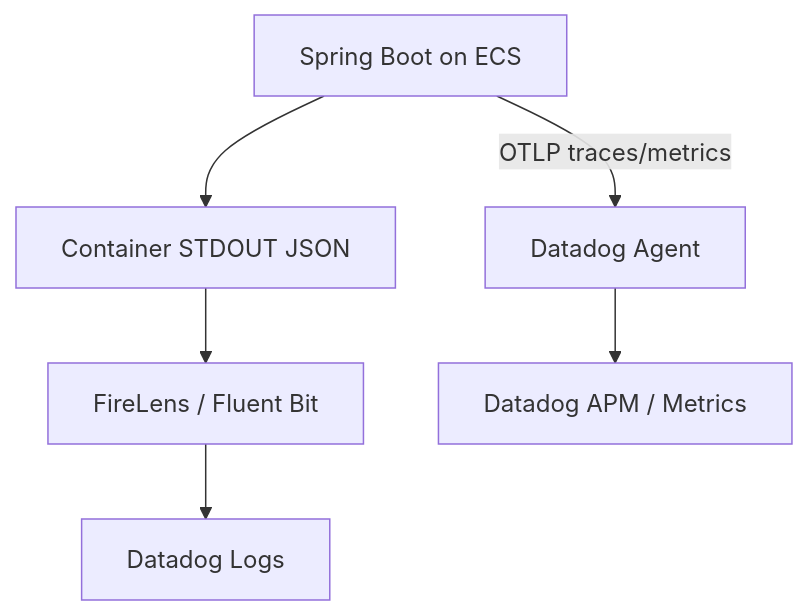
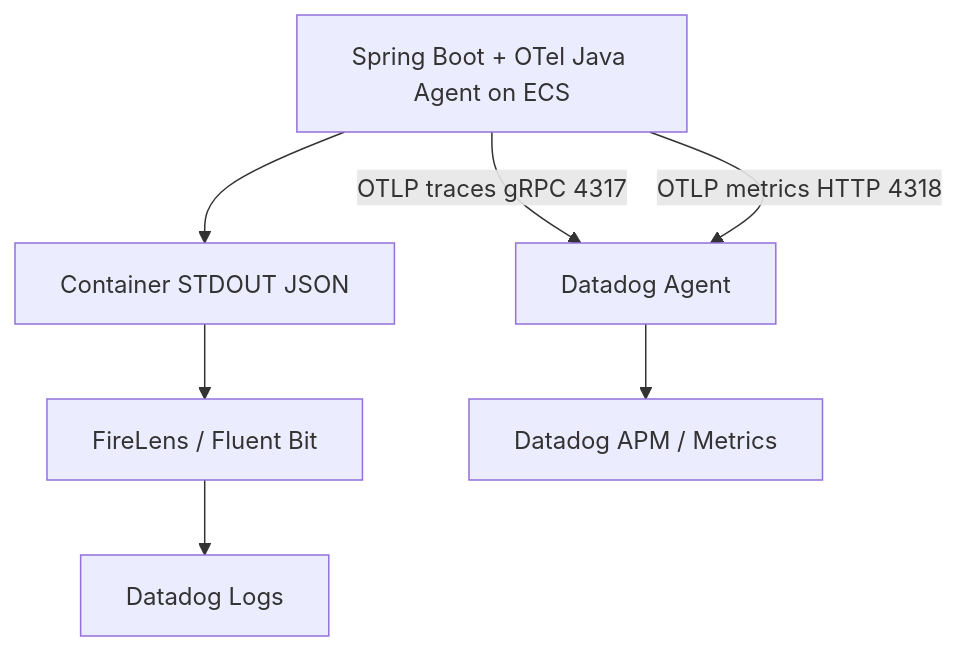
Before and after one commit to rafty/Todo-ECS-Observability-Sample: the diagram in docs/backend/logging.md, drawn with Mermaid. The commit also changed other lines of this file and 29 other files, not shown here.

First line of the commit message:
feat(o11y): OpenTelemetry Java Agent による自動計装へ移行する

````diff
--- a/docs/backend/logging.md
+++ b/docs/backend/logging.md
@@ -103,8 +140,9 @@
 ```mermaid
 flowchart TB
-  App[Spring Boot on ECS] --> Stdout[Container STDOUT JSON]
-  Stdout --> FireLens[FireLens / Fluent Bit]
-  FireLens --> DDLogs[Datadog Logs]
-  App -->|OTLP traces/metrics| DDAgent[Datadog Agent]
-  DDAgent --> DDApm[Datadog APM / Metrics]
+  App["Spring Boot + OTel Java Agent on ECS"] --> Stdout["Container STDOUT JSON"]
+  Stdout --> FireLens["FireLens / Fluent Bit"]
+  FireLens --> DDLogs["Datadog Logs"]
+  App -->|"OTLP traces gRPC 4317"| DDAgent["Datadog Agent"]
+  App -->|"OTLP metrics HTTP 4318"| DDAgent
+  DDAgent --> DDApm["Datadog APM / Metrics"]
 ```
````
